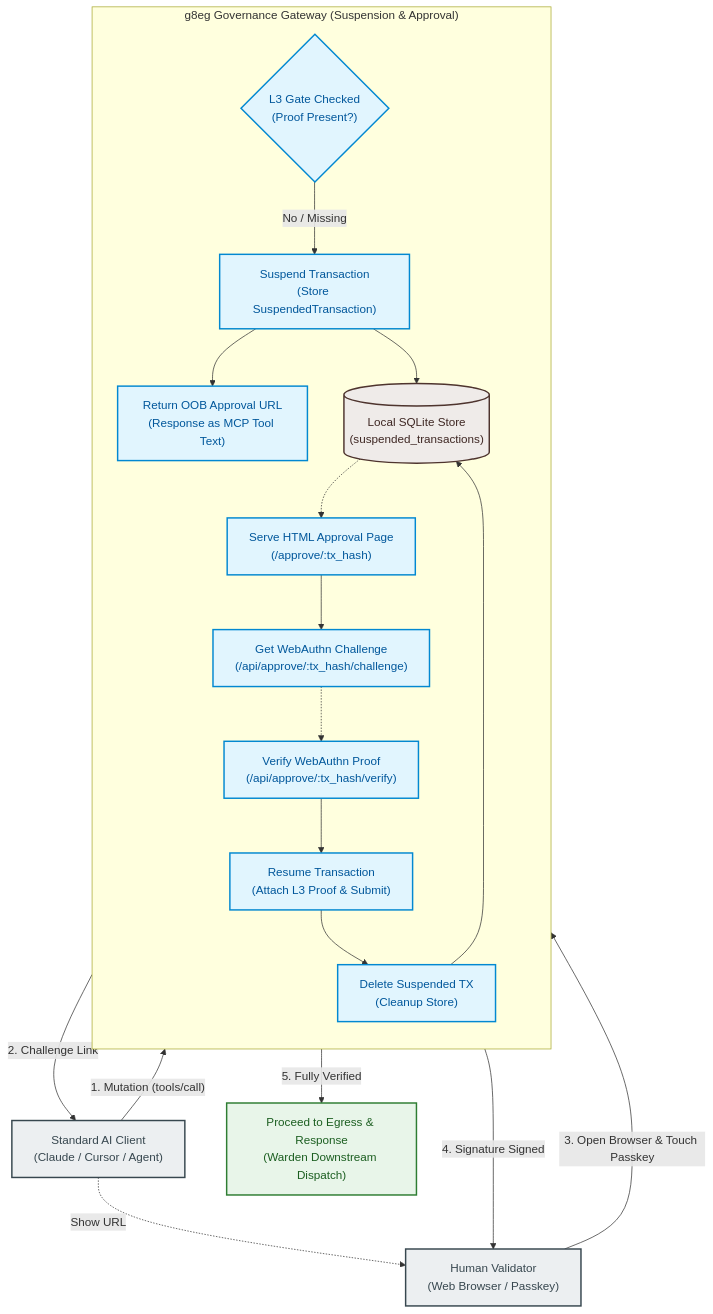
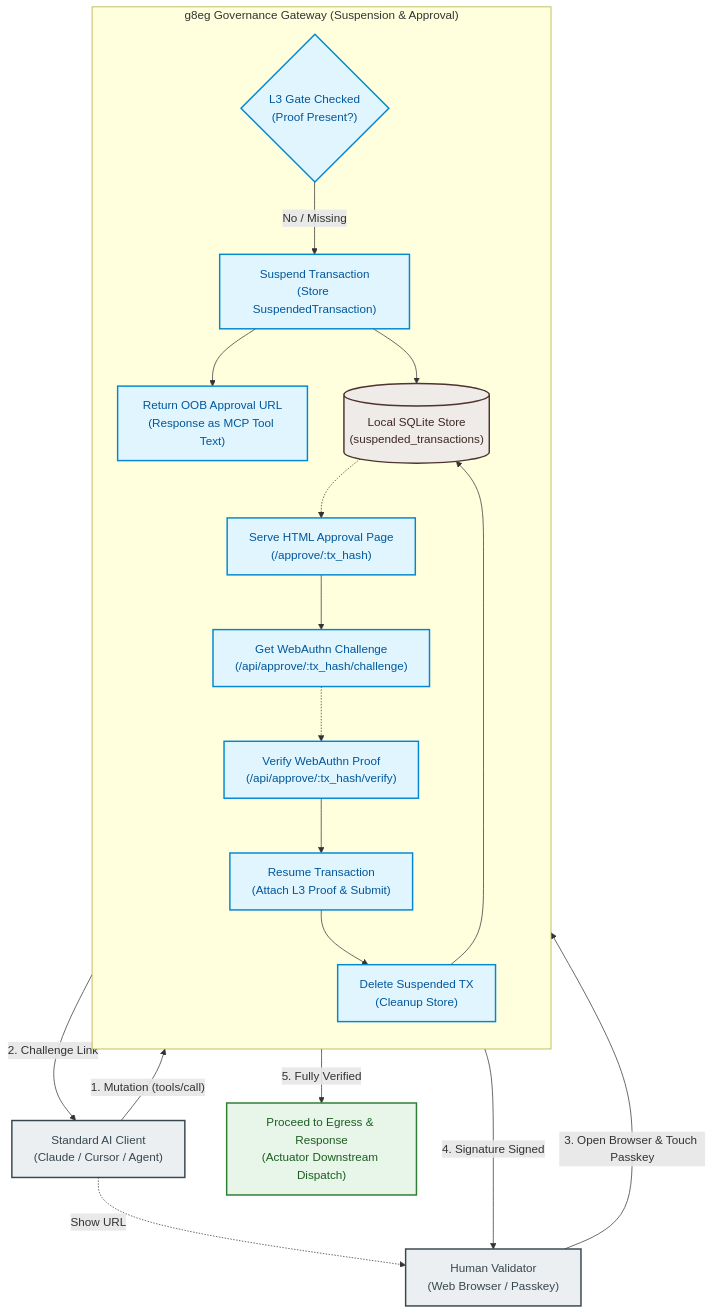
One commit to g8e-ai/g8e changed the second of 2 diagrams in docs/g8eg.md. Above: the diagram before and after it, drawn with Mermaid. The commit also changed other lines of this file and 65 other files, not shown here.

````diff
--- a/docs/g8eg.md
+++ b/docs/g8eg.md
@@ -124,49 +124,49 @@
 ```mermaid
 graph TD
     classDef client fill:#eceff1,stroke:#37474f,stroke-width:2px,color:#37474f;
     classDef gate fill:#e1f5fe,stroke:#0288d1,stroke-width:2px,color:#01579b;
     classDef fail fill:#ffebee,stroke:#c62828,stroke-width:2px,color:#b71c1c;
     classDef vault fill:#efebe9,stroke:#4e342e,stroke-width:2px,color:#3e2723;
     classDef target fill:#e8f5e9,stroke:#2e7d32,stroke-width:2px,color:#1b5e20;
 
     Client["Standard AI Client<br/>(Claude / Cursor / Agent)"]:::client
     Human["Human Validator<br/>(Web Browser / Passkey)"]:::client
 
     subgraph g8eg_suspension ["g8eg Governance Gateway (Suspension & Approval)"]
         direction TB
 
         CheckL3{"L3 Gate Checked<br/>(Proof Present?)"}:::gate
         SuspendTx["Suspend Transaction<br/>(Store SuspendedTransaction)"]:::gate
         ReturnURL["Return OOB Approval URL<br/>(Response as MCP Tool Text)"]:::gate
 
         LocalDB[("Local SQLite Store<br/>(suspended_transactions)")]:::vault
 
         ApprovePage["Serve HTML Approval Page<br/>(/approve/:tx_hash)"]:::gate
         Challenge["Get WebAuthn Challenge<br/>(/api/approve/:tx_hash/challenge)"]:::gate
         VerifyProof["Verify WebAuthn Proof<br/>(/api/approve/:tx_hash/verify)"]:::gate
         ResumeTx["Resume Transaction<br/>(Attach L3 Proof & Submit)"]:::gate
         PruneTx["Delete Suspended TX<br/>(Cleanup Store)"]:::gate
 
         CheckL3 -- "No / Missing" --> SuspendTx
         SuspendTx --> ReturnURL
         SuspendTx --> LocalDB
 
         LocalDB -.-> ApprovePage
         ApprovePage --> Challenge
         Challenge -.-> VerifyProof
         VerifyProof --> ResumeTx
         ResumeTx --> PruneTx
         PruneTx --> LocalDB
     end
 
-    EgressPath["Proceed to Egress & Response<br/>(Warden Downstream Dispatch)"]:::target
+    EgressPath["Proceed to Egress & Response<br/>(Actuator Downstream Dispatch)"]:::target
 
     Client -- "1. Mutation (tools/call)" --> CheckL3
     ReturnURL -- "2. Challenge Link" --> Client
     Client -. "Show URL" .-> Human
 
     Human -- "3. Open Browser & Touch Passkey" --> ApprovePage
     VerifyProof -- "4. Signature Signed" --> Human
 
     ResumeTx -- "5. Fully Verified" --> EgressPath
 ```
````
